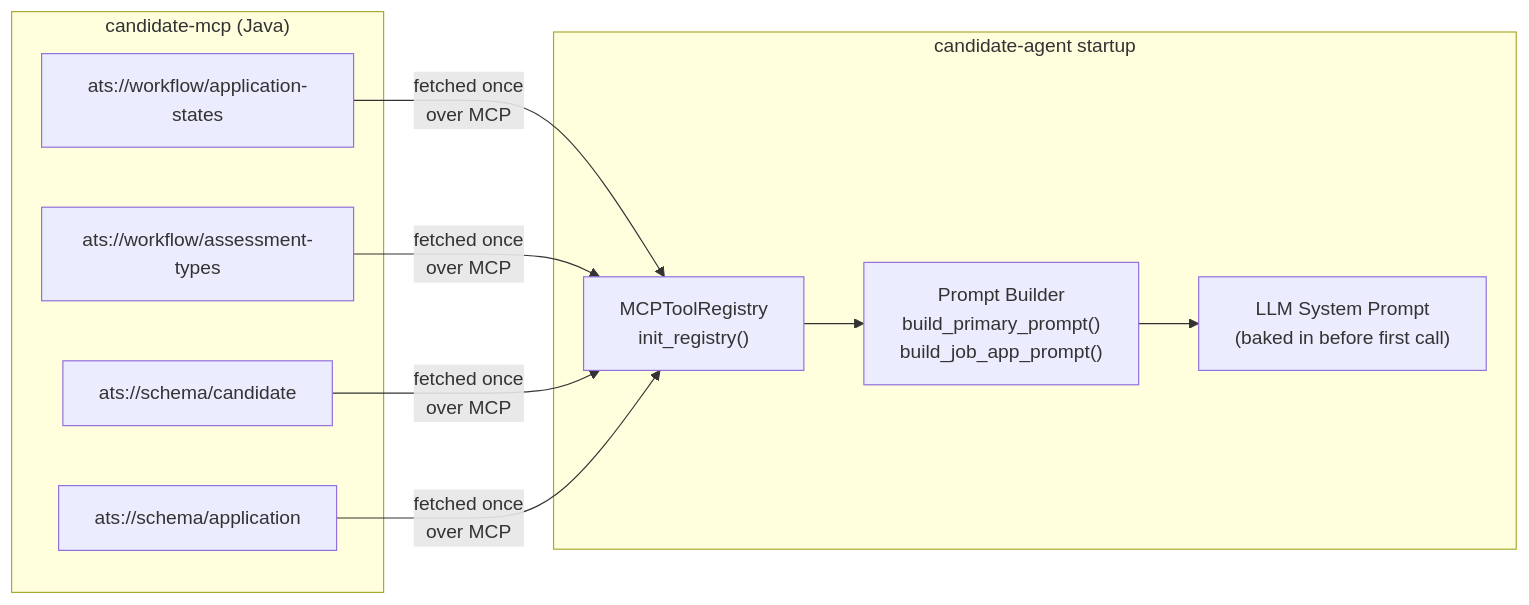
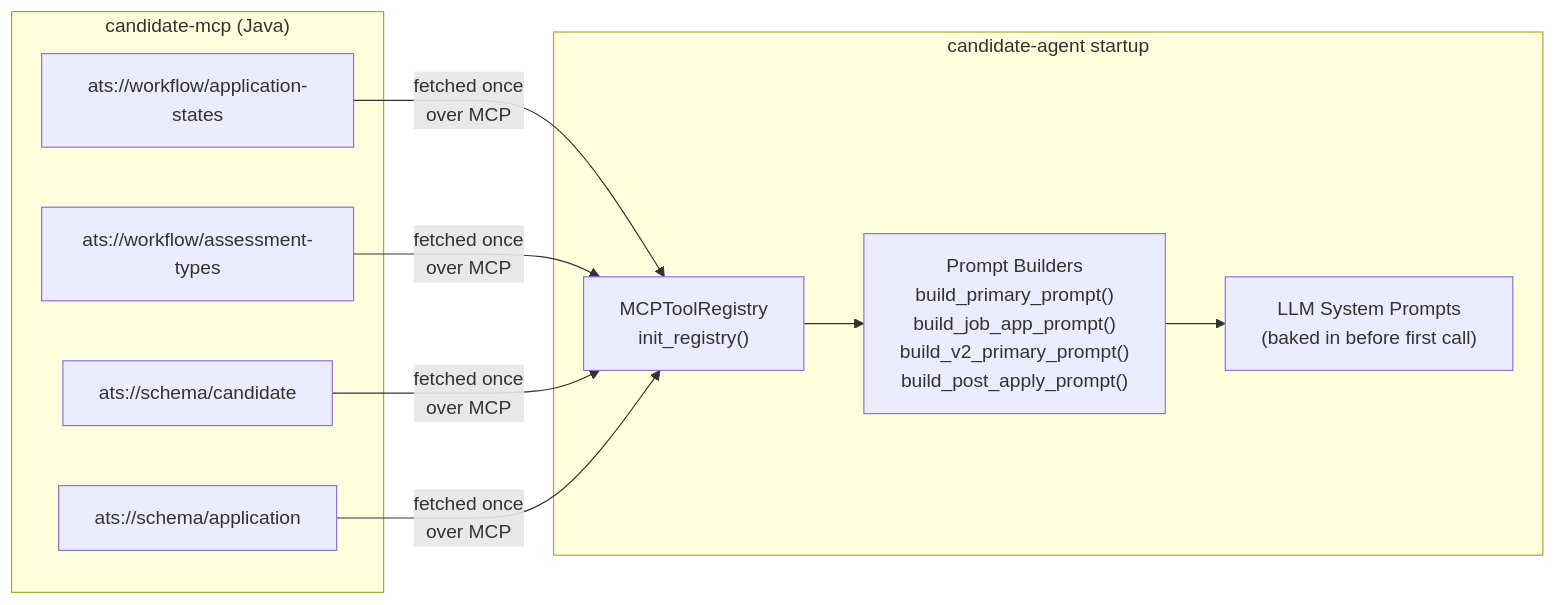
Before and after one commit to venkat-raman17/candidate-agent: the fourth of 4 diagrams in README.md, drawn with Mermaid. The commit also changed other lines of this file and 1 other file, not shown here.

````diff
--- a/README.md
+++ b/README.md
@@ -60,19 +83,19 @@
 ```mermaid
 flowchart LR
     subgraph "candidate-mcp (Java)"
         S1["ats://workflow/application-states"]
         S2["ats://workflow/assessment-types"]
         S3["ats://schema/candidate"]
         S4["ats://schema/application"]
     end
 
     subgraph "candidate-agent startup"
         REG["MCPToolRegistry\ninit_registry()"]
-        PB["Prompt Builder\nbuild_primary_prompt()\nbuild_job_app_prompt()"]
-        SYS["LLM System Prompt\n(baked in before first call)"]
+        PB["Prompt Builders\nbuild_primary_prompt()\nbuild_job_app_prompt()\nbuild_v2_primary_prompt()\nbuild_post_apply_prompt()"]
+        SYS["LLM System Prompts\n(baked in before first call)"]
     end
 
     S1 & S2 & S3 & S4 -->|"fetched once\nover MCP"| REG
     REG --> PB
     PB --> SYS
 ```
````
